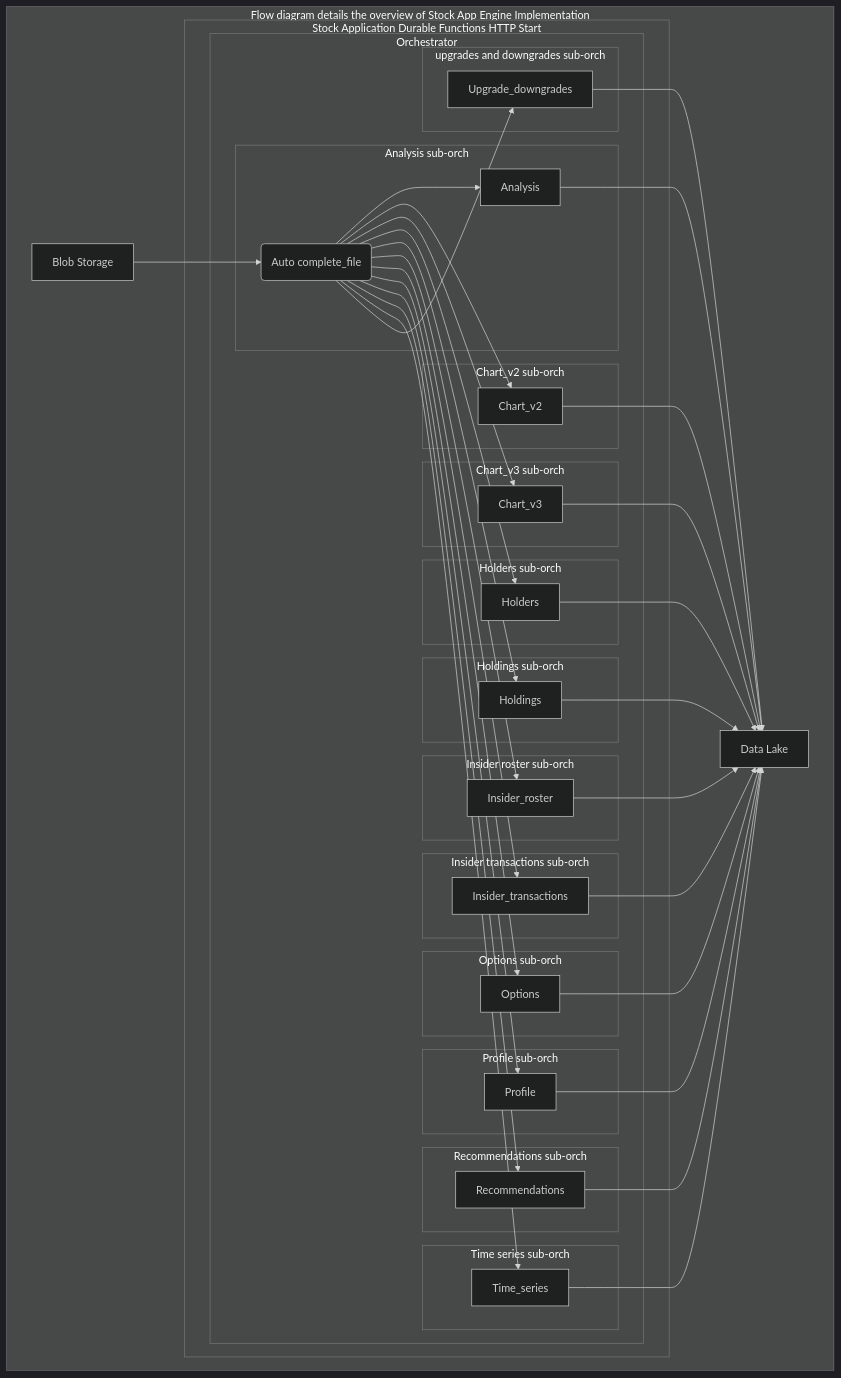
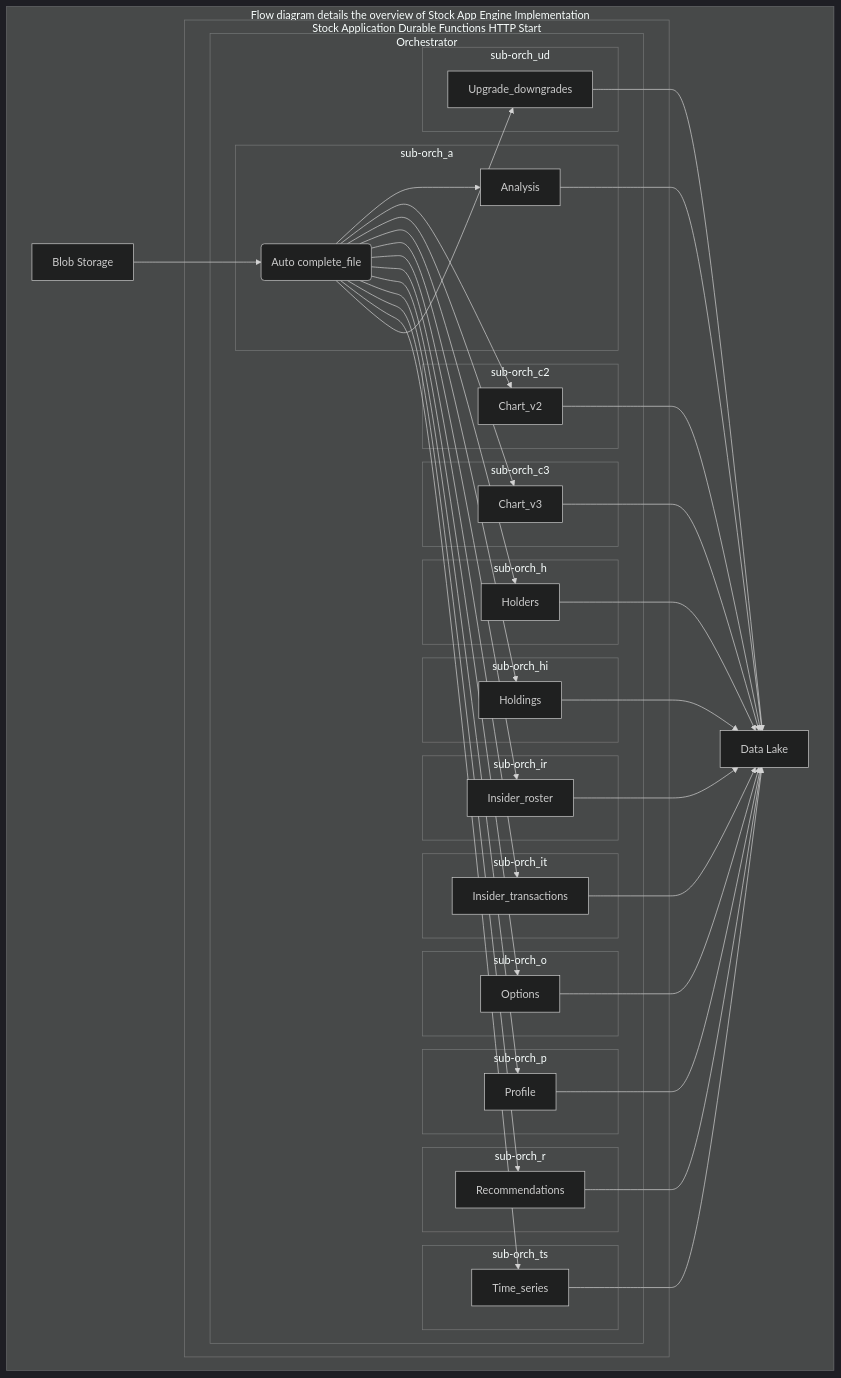
The diagram in README.md (Market-Finance/stockApps), drawn with Mermaid (dark theme) before and after one commit.

Commit message:
testing flow diagram

```diff
--- a/README.md
+++ b/README.md
@@ -272,51 +272,51 @@
     J --> A
         subgraph Stock Application Durable Functions HTTP Start   
             subgraph Orchestrator
-                subgraph Analysis sub-orch
+                subgraph sub-orch_a
                     A --> A1
                     end
                 
-                subgraph Chart_v2 sub-orch
+                subgraph sub-orch_c2
                     A --> A2
                     end
 
-                subgraph Chart_v3 sub-orch
+                subgraph sub-orch_c3
                     A --> A3
                     end
                 
-                subgraph Holders sub-orch
+                subgraph sub-orch_h
                     A --> A4
                     end
 
-                subgraph Holdings sub-orch
+                subgraph sub-orch_hi
                     A --> A5
                     end
 
-                subgraph Insider roster sub-orch
+                subgraph sub-orch_ir
                     A --> A6
                     end
                 
-                subgraph Insider transactions sub-orch
+                subgraph sub-orch_it
                     A --> A7
                     end
                 
-                subgraph Options sub-orch
+                subgraph sub-orch_o
                     A --> A8
                     end
 
-                subgraph Profile sub-orch
+                subgraph sub-orch_p
                     A --> A9
                     end
 
-                subgraph Recommendations sub-orch
+                subgraph sub-orch_r
                     A --> A10
                     end
 
-                subgraph Time series sub-orch
+                subgraph sub-orch_ts
                     A --> A11
                     end
 
-                subgraph upgrades and downgrades sub-orch
+                subgraph sub-orch_ud
                     A --> A12
                     end
                 end
```
